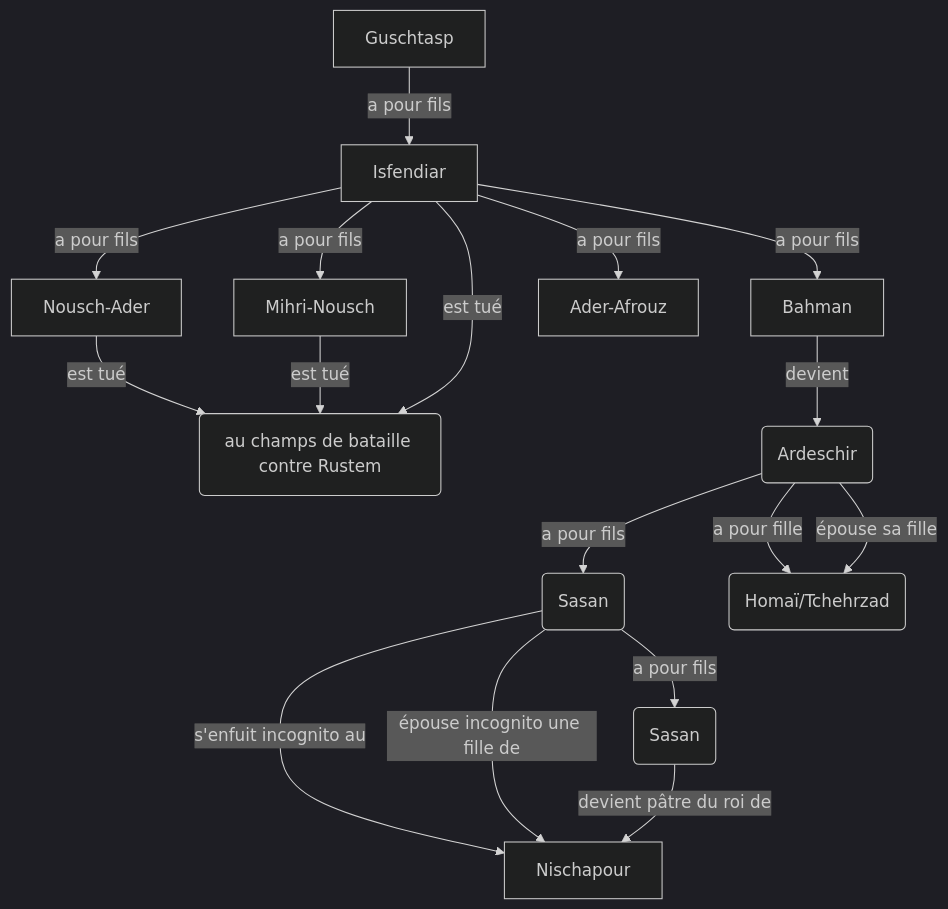
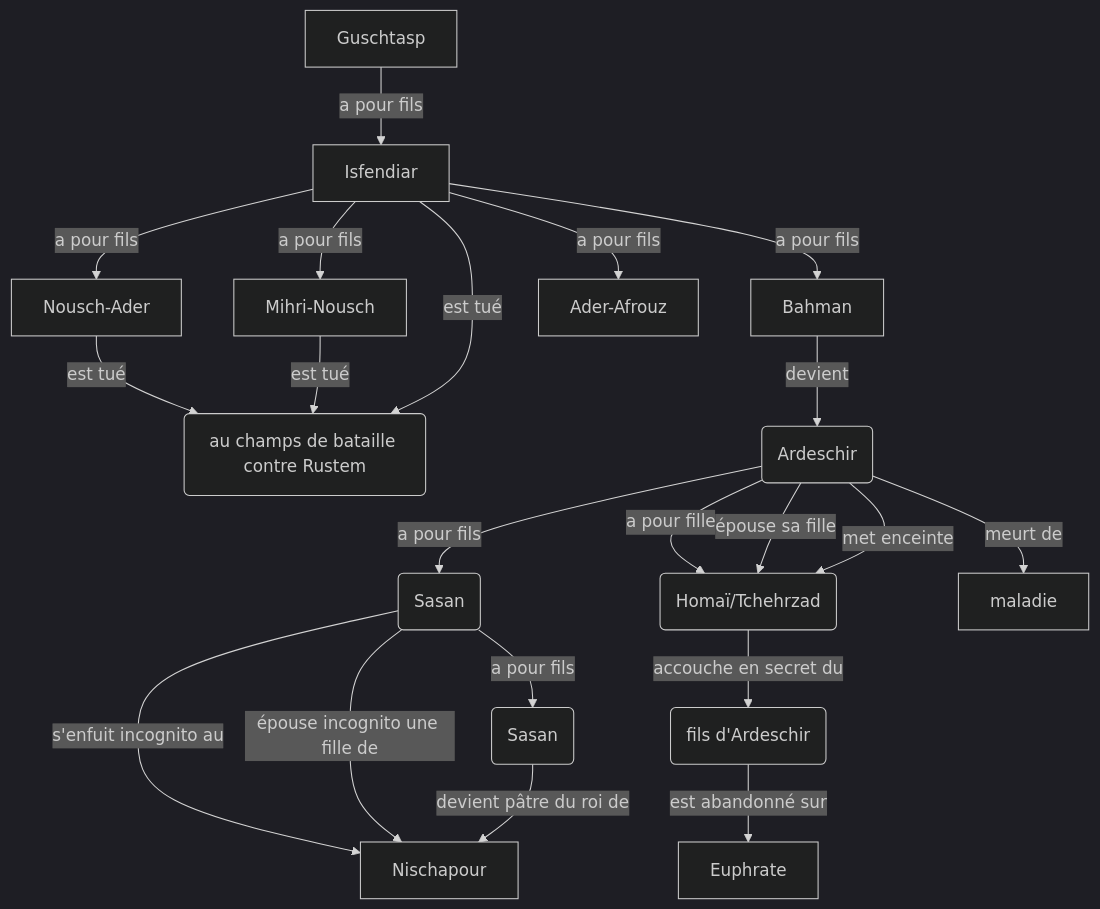
One commit to hdorgeval/le-livre-des-rois changed the diagram in src/graphs/fr/isfendiar/isfendiar.mmd. Above: the diagram before and after it, drawn with Mermaid (dark theme).

Commit message:
feat(isfendiar/fr): update genealogy graph

```diff
--- a/src/graphs/fr/isfendiar/isfendiar.mmd
+++ b/src/graphs/fr/isfendiar/isfendiar.mmd
@@ -1,17 +1,21 @@
 graph TD
 Guschtasp --a pour fils--> Isfendiar
 Isfendiar --a pour fils--> Nousch-Ader
 Isfendiar --a pour fils--> Mihri-Nousch
 Isfendiar --a pour fils--> Bahman
 Isfendiar --a pour fils--> Ader-Afrouz
 Nousch-Ader --est tué --> D(au champs de bataille contre Rustem)
 Mihri-Nousch --est tué --> D(au champs de bataille contre Rustem)
 Isfendiar --est tué --> D(au champs de bataille contre Rustem)
 Bahman --devient --> A2(Ardeschir)
 A2(Ardeschir) --a pour fils--> S1(Sasan)
 A2(Ardeschir) --a pour fille--> H2(Homaï/Tchehrzad)
 A2(Ardeschir) --épouse sa fille--> H2(Homaï/Tchehrzad)
+A2(Ardeschir) --met enceinte--> H2(Homaï/Tchehrzad)
+A2(Ardeschir) --meurt de--> maladie
 S1(Sasan) --s'enfuit incognito au--> Nischapour
 S1(Sasan) --épouse incognito une fille de--> Nischapour
 S1(Sasan) --a pour fils--> S2(Sasan)
 S2(Sasan) --devient pâtre du roi de--> Nischapour
+H2(Homaï/Tchehrzad) --accouche en secret du --> S3(fils d'Ardeschir)
+S3(fils d'Ardeschir) --est abandonné sur --> Euphrate
```
